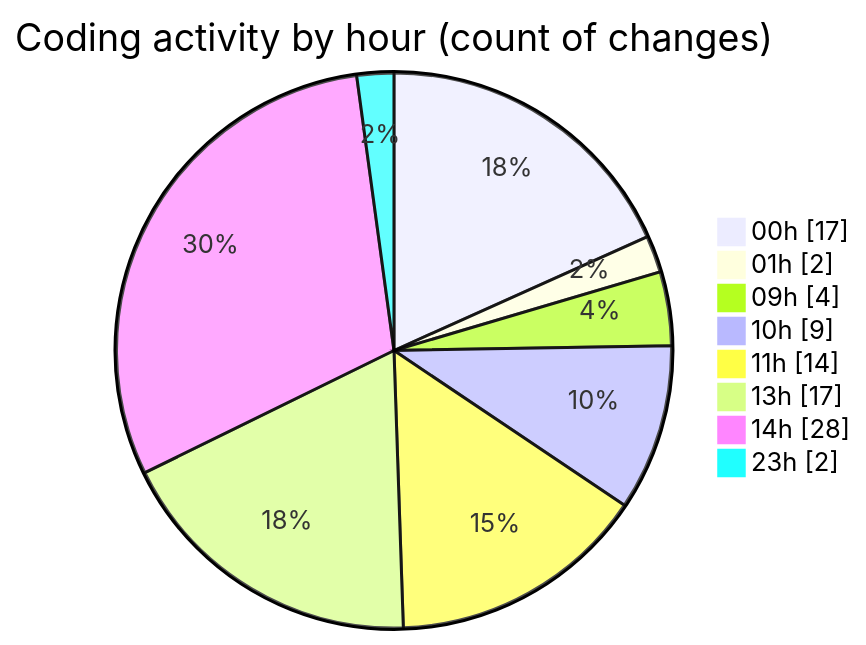
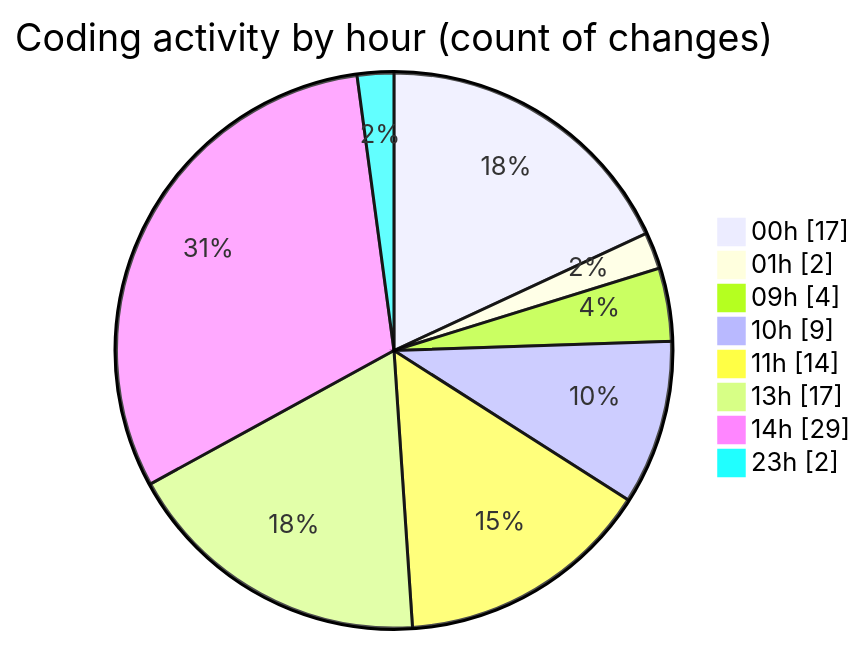
One commit to julien-gomy/code-tracking changed the second of 2 diagrams in 2025-10-29/eventscop-frontend-guide__workspace_/README.md. Above: the diagram before and after it, drawn with Mermaid. The commit also changed other lines of this file and 1 other file, not shown here.

````diff
--- a/2025-10-29/eventscop-frontend-guide__workspace_/README.md
+++ b/2025-10-29/eventscop-frontend-guide__workspace_/README.md
@@ -56,12 +56,12 @@
 ```mermaid
 pie showData
 title Coding activity by hour (count of changes)
 "00h" : 17
 "01h" : 2
 "09h" : 4
 "10h" : 9
 "11h" : 14
 "13h" : 17
-"14h" : 28
+"14h" : 29
 "23h" : 2
 ```
````
